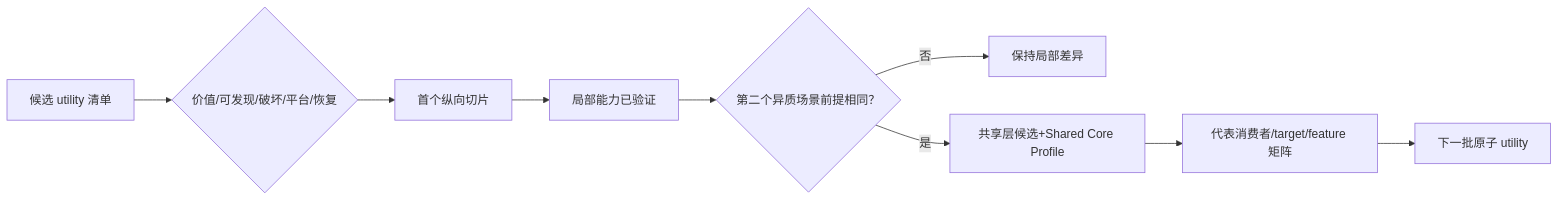
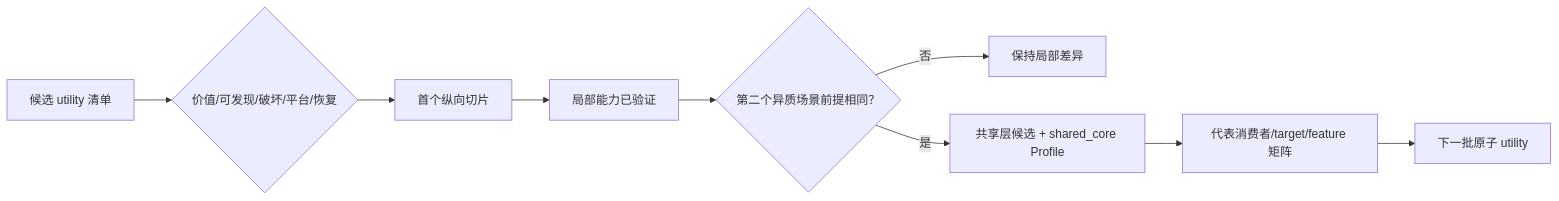
Before and after one commit to ZhangHanDong/coreutils: the second of 2 diagrams in book/src/part5/ch16-pipeline.md, drawn with Mermaid. The commit also changed other lines of this file and 7 other files, not shown here.

````diff
--- a/book/src/part5/ch16-pipeline.md
+++ b/book/src/part5/ch16-pipeline.md
@@ -99,11 +99,11 @@
 ```mermaid
 flowchart LR
     S["候选 utility 清单"] --> Q{"价值/可发现/破坏/平台/恢复"}
     Q --> P["首个纵向切片"]
     P --> L["局部能力已验证"]
     L --> H{"第二个异质场景前提相同？"}
     H -->|"否"| K["保持局部差异"]
-    H -->|"是"| C["共享层候选+Shared Core Profile"]
+    H -->|"是"| C["共享层候选 + shared_core Profile"]
     C --> M["代表消费者/target/feature 矩阵"]
     M --> N["下一批原子 utility"]
 ```
````
